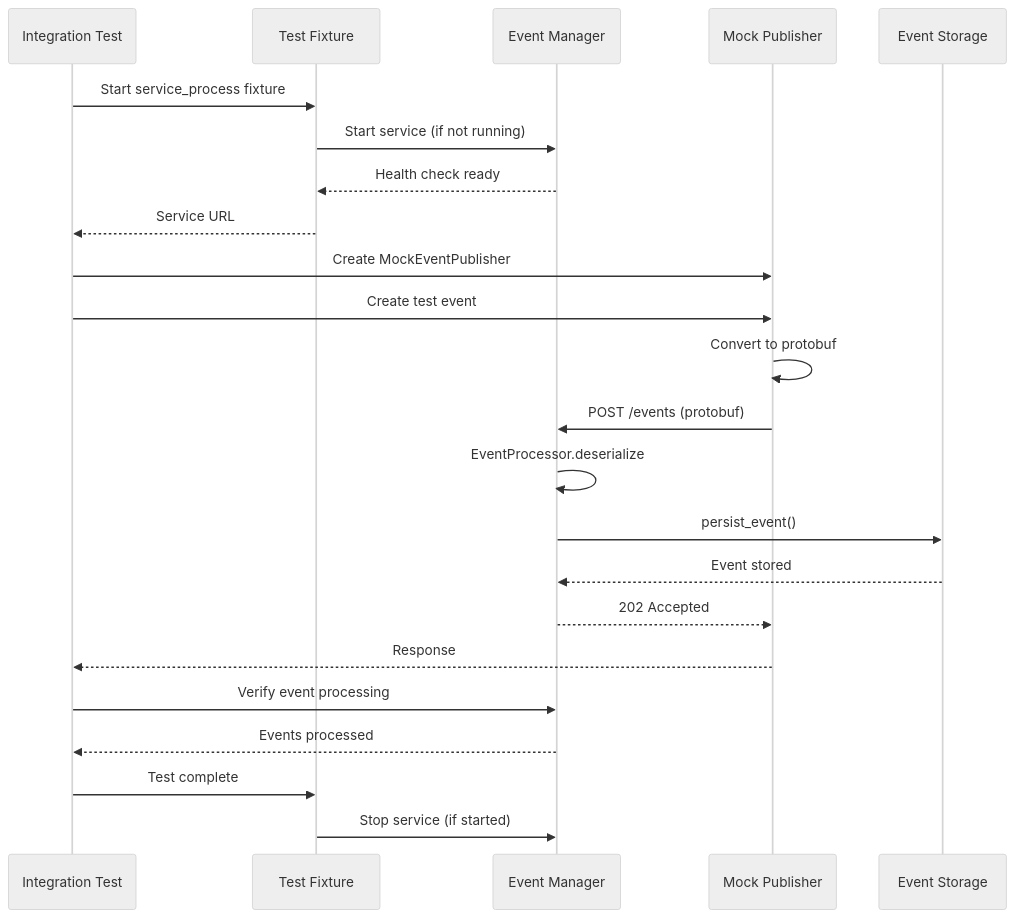
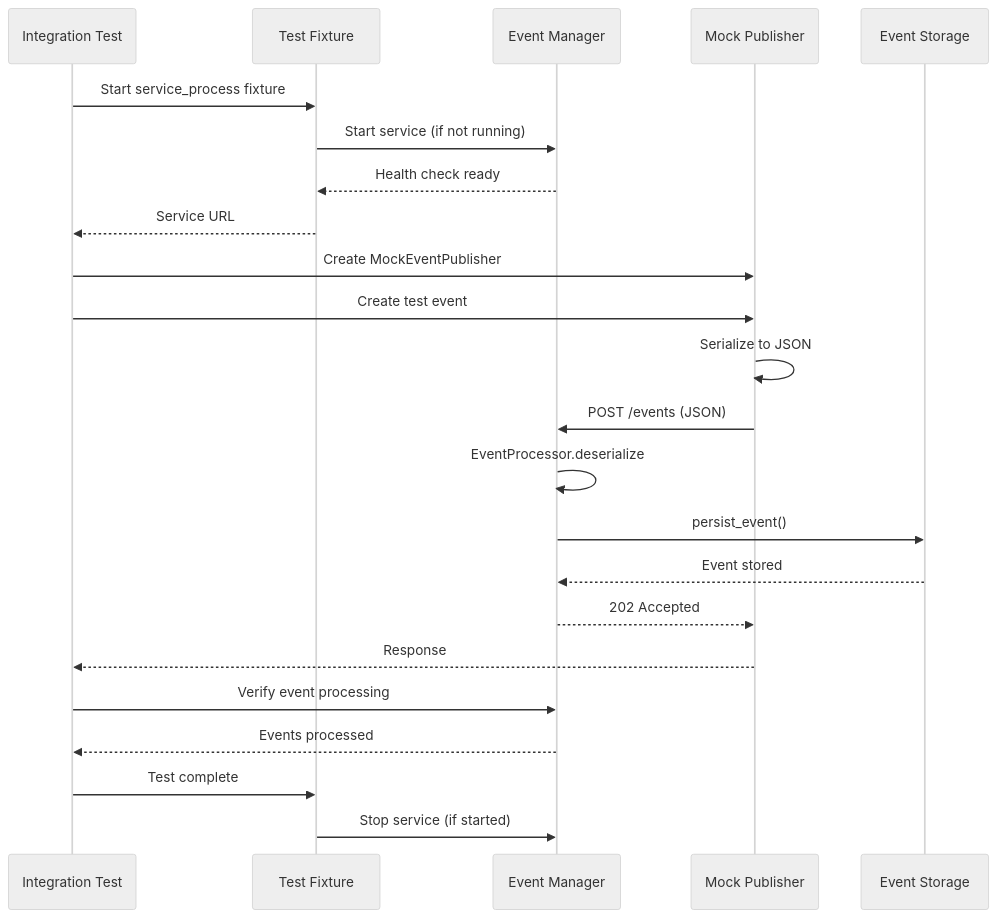
Before and after one commit to mckinsey/agents-at-scale-ark: the fourth of 4 diagrams in services/ark-event-manager/ark-event-manager/ARCHITECTURE.md, drawn with Mermaid (neutral theme). The commit also changed other lines of this file and 10 other files, not shown here.

````diff
--- a/services/ark-event-manager/ark-event-manager/ARCHITECTURE.md
+++ b/services/ark-event-manager/ark-event-manager/ARCHITECTURE.md
@@ -235,29 +235,29 @@
 ```mermaid
 sequenceDiagram
     participant Test as Integration Test
     participant Fixture as Test Fixture
     participant Service as Event Manager
     participant Publisher as Mock Publisher
     participant Storage as Event Storage
 
     Test->>Fixture: Start service_process fixture
     Fixture->>Service: Start service (if not running)
     Service-->>Fixture: Health check ready
     Fixture-->>Test: Service URL
 
     Test->>Publisher: Create MockEventPublisher
     Test->>Publisher: Create test event
-    Publisher->>Publisher: Convert to protobuf
-    Publisher->>Service: POST /events (protobuf)
+    Publisher->>Publisher: Serialize to JSON
+    Publisher->>Service: POST /events (JSON)
     Service->>Service: EventProcessor.deserialize
     Service->>Storage: persist_event()
     Storage-->>Service: Event stored
     Service-->>Publisher: 202 Accepted
     Publisher-->>Test: Response
 
     Test->>Service: Verify event processing
     Service-->>Test: Events processed
 
     Test->>Fixture: Test complete
     Fixture->>Service: Stop service (if started)
 ```
````
